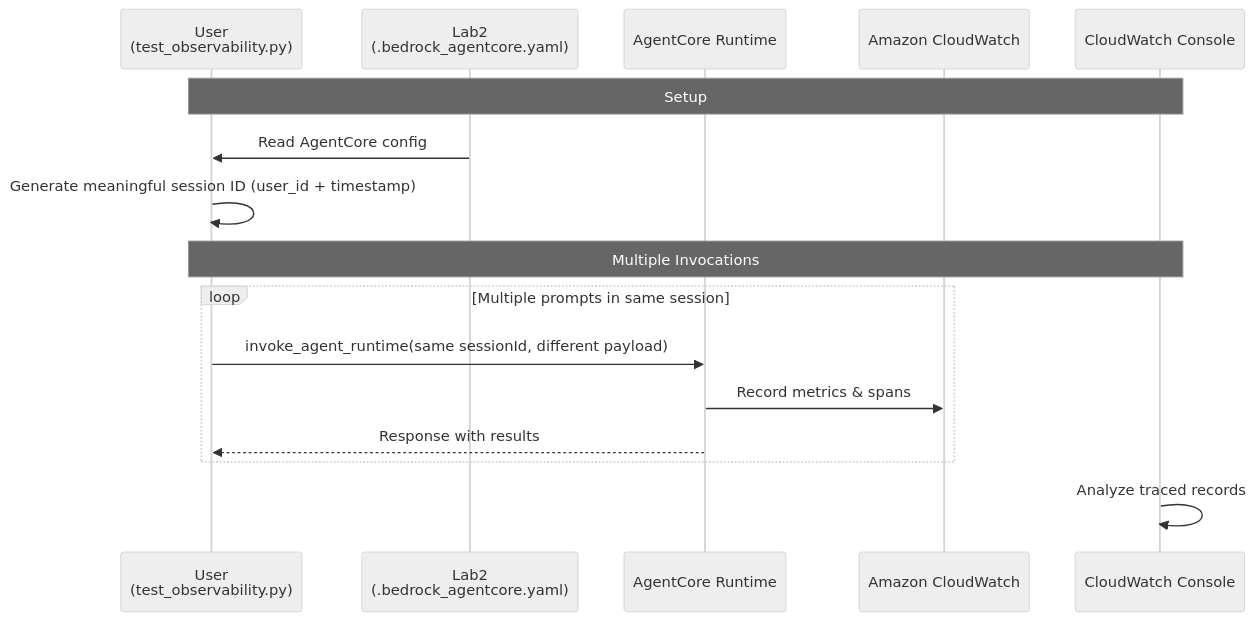
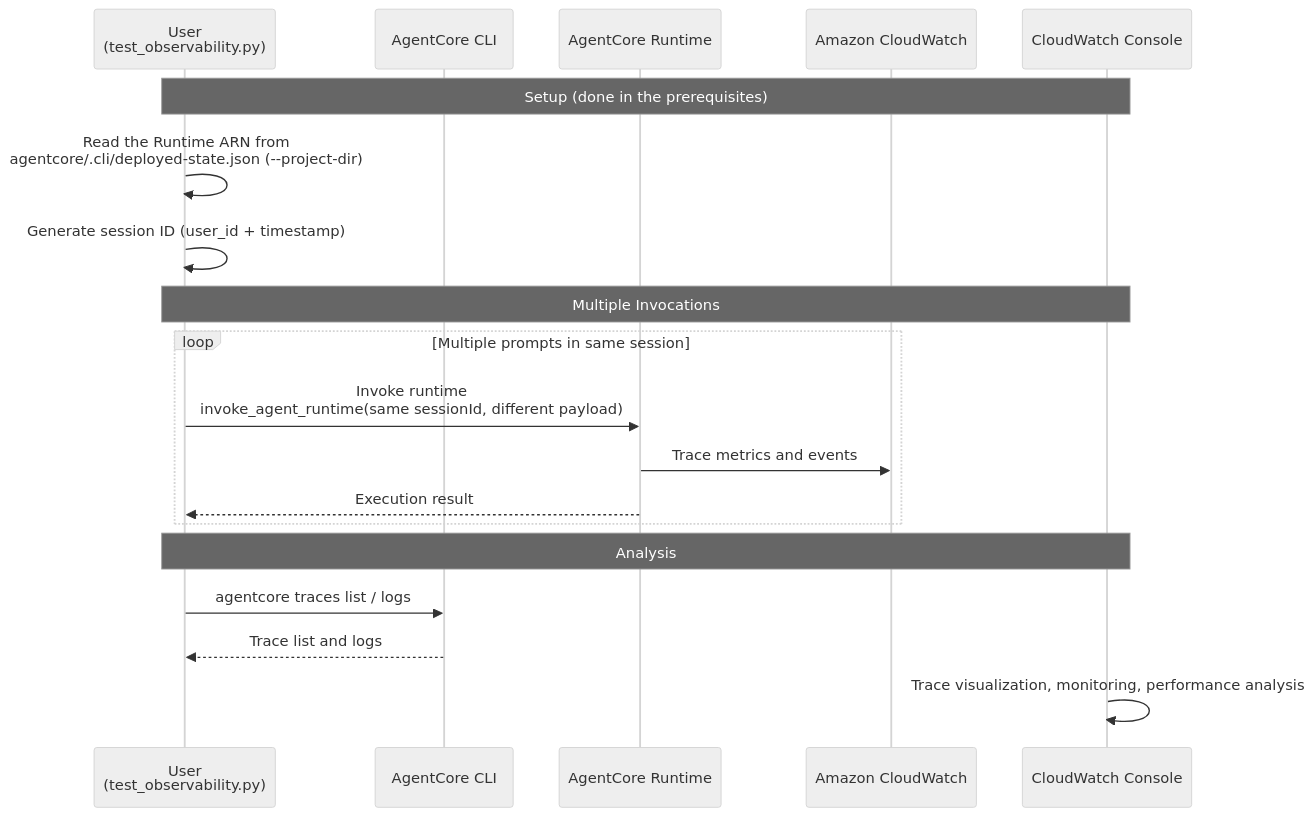
The diagram in 04_observability/README.md (aws-samples/sample-amazon-bedrock-agentcore-onboarding), drawn with Mermaid (neutral theme) before and after one commit. The commit also changed other lines of this file and 68 other files, not shown here.

First line of the commit message:
feat: migrate labs from Starter Toolkit to AgentCore CLI

````diff
--- a/04_observability/README.md
+++ b/04_observability/README.md
@@ -9,21 +9,24 @@
 ```mermaid
 sequenceDiagram
-    participant Test as User <br/>(test_observability.py)
-    participant Config as Lab2 <br/>(.bedrock_agentcore.yaml)
+    participant Test as User<br/>(test_observability.py)
+    participant CLI as AgentCore CLI
     participant AgentCore as AgentCore Runtime
     participant CloudWatch as Amazon CloudWatch
     participant Console as CloudWatch Console
 
-    Note over Test,Console: Setup
-    Config ->> Test: Read AgentCore config 
-    Test->>Test: Generate meaningful session ID (user_id + timestamp)
-    
+    Note over Test,Console: Setup (done in the prerequisites)
+    Test->>Test: Read the Runtime ARN from<br/>agentcore/.cli/deployed-state.json (--project-dir)
+    Test->>Test: Generate session ID (user_id + timestamp)
+
     Note over Test,Console: Multiple Invocations
     loop Multiple prompts in same session
-        Test->>AgentCore: invoke_agent_runtime(same sessionId, different payload)
-        AgentCore->>CloudWatch: Record metrics & spans
-        AgentCore-->>Test: Response with results
+        Test->>AgentCore: Invoke runtime <br/>invoke_agent_runtime(same sessionId, different payload)
+        AgentCore->>CloudWatch: Trace metrics and events
+        AgentCore-->>Test: Execution result
     end
 
-    Console->>Console: Analyze traced records
+    Note over Test,Console: Analysis
+    Test->>CLI: agentcore traces list / logs
+    CLI-->>Test: Trace list and logs
+    Console->>Console: Trace visualization, monitoring, performance analysis
 ```
````
